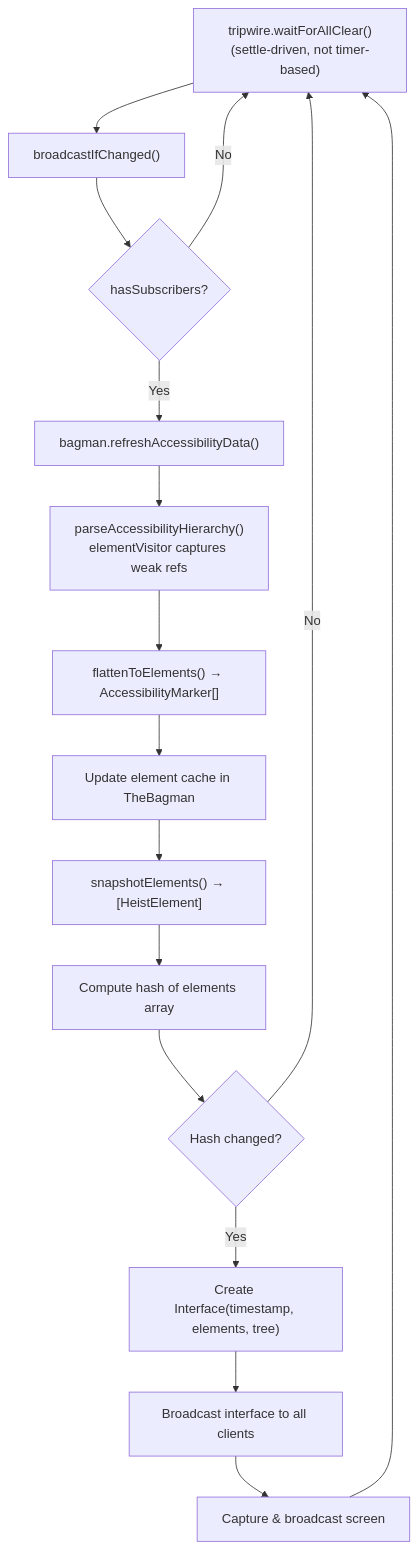
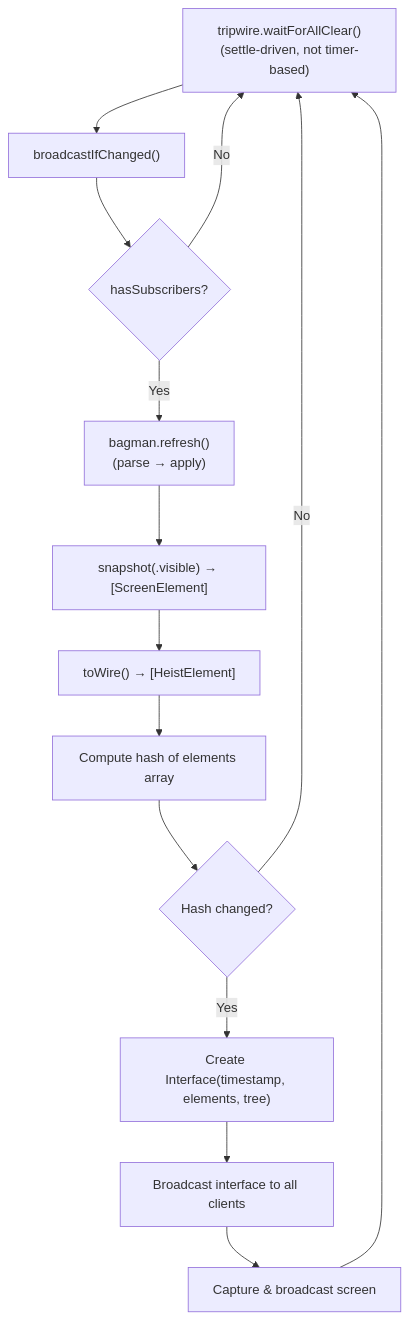
The eighth of 10 diagrams in docs/ARCHITECTURE.md (RoyalPineapple/TheButtonHeist), drawn with Mermaid before and after one commit. The commit also changed other lines of this file and 18 other files, not shown here.

First line of the commit message:
Fix full scan cache bug + redesign TheBagman architecture (#197)

````diff
--- a/docs/ARCHITECTURE.md
+++ b/docs/ARCHITECTURE.md
@@ -549,18 +553,16 @@
 ```mermaid
 flowchart TD
     A["tripwire.waitForAllClear()<br>(settle-driven, not timer-based)"] --> B["broadcastIfChanged()"]
     B --> B1{"hasSubscribers?"}
     B1 -->|No| A
-    B1 -->|Yes| B2["bagman.refreshAccessibilityData()"]
-    B2 --> C["parseAccessibilityHierarchy()<br>elementVisitor captures weak refs"]
-    C --> D["flattenToElements() → AccessibilityMarker[]"]
-    D --> E["Update element cache in TheBagman"]
-    E --> F["snapshotElements() → [HeistElement]"]
+    B1 -->|Yes| B2["bagman.refresh()<br/>(parse → apply)"]
+    B2 --> E["snapshot(.visible) → [ScreenElement]"]
+    E --> F["toWire() → [HeistElement]"]
     F --> G["Compute hash of elements array"]
     G --> H{"Hash changed?"}
     H -->|No| A
     H -->|Yes| I["Create Interface(timestamp, elements, tree)"]
     I --> J["Broadcast interface to all clients"]
     J --> K["Capture & broadcast screen"]
     K --> A
 ```
````
